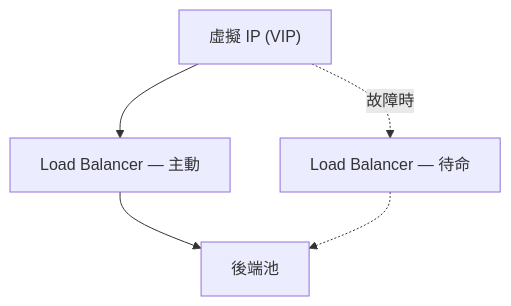
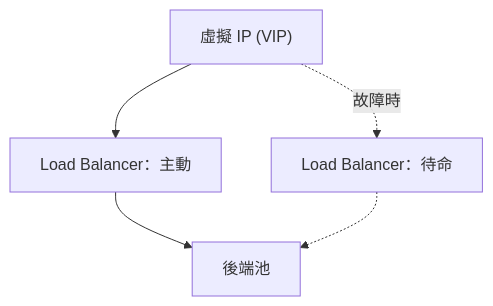
The tenth of 10 diagrams in src/posts/zh-TW/load-balancing.mdx (Charmying/blog), drawn with Mermaid before and after one commit. The commit also changed other lines of this file and 157 other files, not shown here.

````diff
--- a/src/posts/zh-TW/load-balancing.mdx
+++ b/src/posts/zh-TW/load-balancing.mdx
@@ -282,7 +282,7 @@
 ```mermaid
 flowchart TD
-    vip["虛擬 IP (VIP)"] --> lb1["Load Balancer — 主動"]
-    vip -.->|故障時| lb2["Load Balancer — 待命"]
+    vip["虛擬 IP (VIP)"] --> lb1["Load Balancer：主動"]
+    vip -.->|故障時| lb2["Load Balancer：待命"]
     lb1 --> pool["後端池"]
     lb2 -.-> pool
 ```
````
